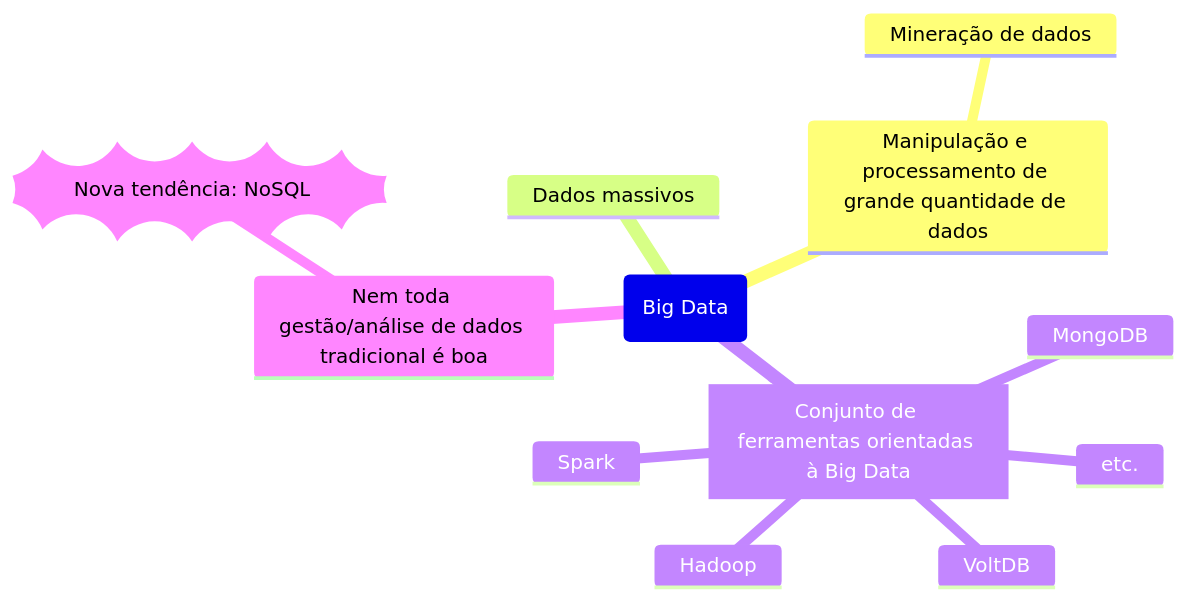
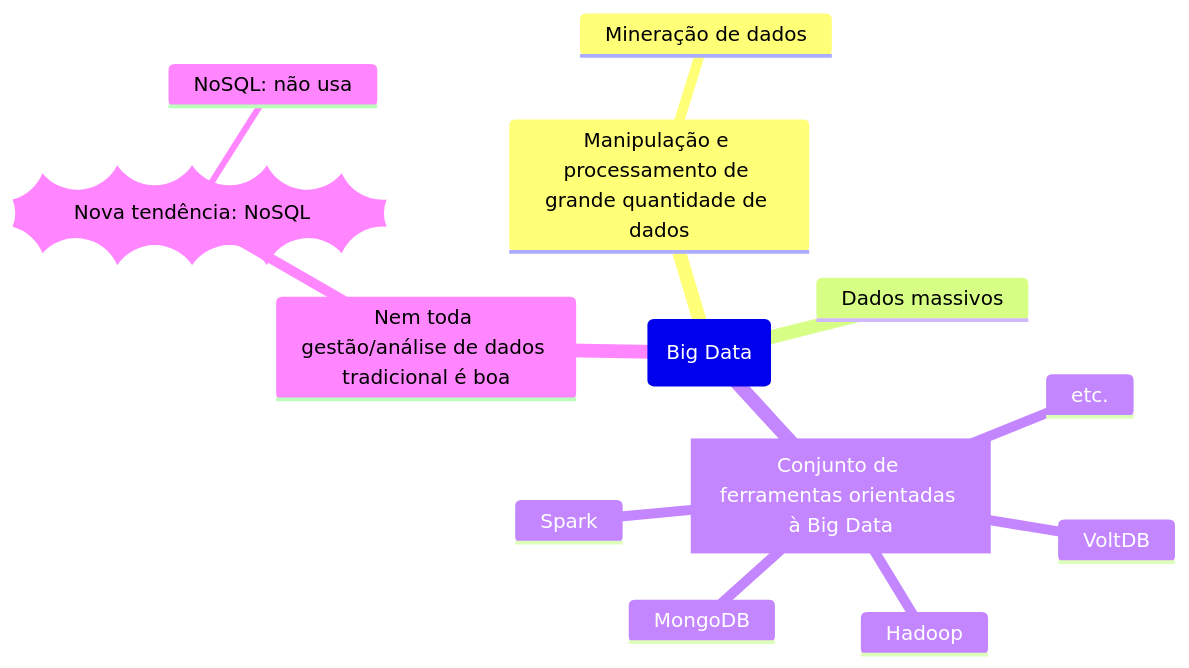
One commit to Igorino/joplin-notes changed the third of 3 diagrams in Mestrado/Segundo Semestre/SIN5033 - Grafos de conhecimento e Ontologias/Anotações/De Aulas/Aula do dia 2026 04 08.md. Above: the diagram before and after it, drawn with Mermaid.

Commit message:
Exported on 2026-04-08_17-07-51

````diff
--- a/Mestrado/Segundo Semestre/SIN5033 - Grafos de conhecimento e Ontologias/Anotações/De Aulas/Aula do dia 2026 04 08.md
+++ b/Mestrado/Segundo Semestre/SIN5033 - Grafos de conhecimento e Ontologias/Anotações/De Aulas/Aula do dia 2026 04 08.md
@@ -65,18 +65,19 @@
 ```mermaid
 mindmap
 root(Big Data)
 	Manipulação e processamento de grande quantidade de dados
 		Mineração de dados
 	Dados massivos
 	[Conjunto de ferramentas orientadas à Big Data]
 		Hadoop
 		MongoDB
 		VoltDB
 		Spark
 		etc.
 	Nem toda gestão/análise de dados tradicional é boa
 		))Nova tendência: NoSQL((
+			NoSQL: não usa 
 		
 			
 	
 ```
````
